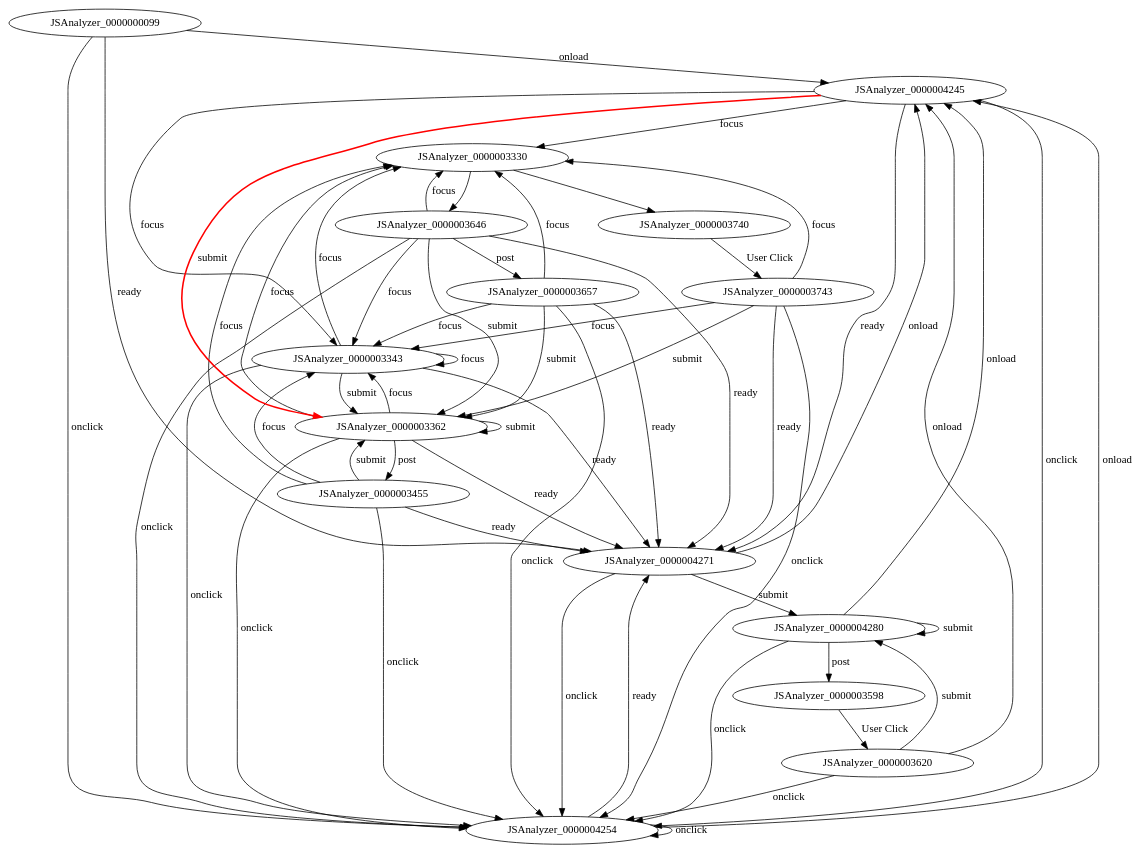
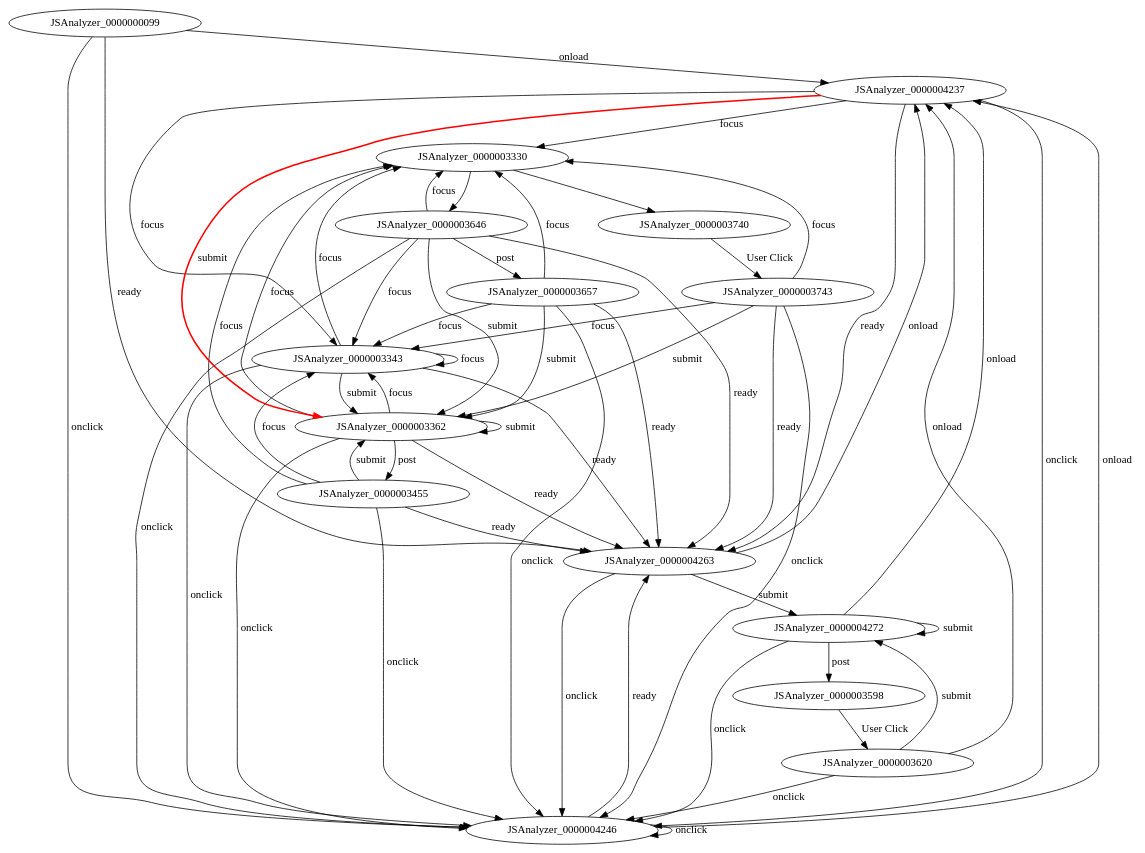
The diagram in projects/project/verify/counterexample/CS2020mError.spec.3.step.3.dot (mzw/JSAnalyzer), drawn with Graphviz before and after one commit. The commit also changed 154 other files, not shown here.

```diff
--- a/projects/project/verify/counterexample/CS2020mError.spec.3.step.3.dot
+++ b/projects/project/verify/counterexample/CS2020mError.spec.3.step.3.dot
@@ -1,74 +1,74 @@
 digraph FSM {
 JSAnalyzer_0000000099;
 JSAnalyzer_0000003330;
 JSAnalyzer_0000003343;
 JSAnalyzer_0000003362;
 JSAnalyzer_0000003455;
 JSAnalyzer_0000003598;
 JSAnalyzer_0000003646;
 JSAnalyzer_0000003657;
 JSAnalyzer_0000003740;
-JSAnalyzer_0000004245;
-JSAnalyzer_0000004254;
-JSAnalyzer_0000004271;
-JSAnalyzer_0000004280;
+JSAnalyzer_0000004237;
+JSAnalyzer_0000004246;
+JSAnalyzer_0000004263;
+JSAnalyzer_0000004272;
 JSAnalyzer_0000003620;
 JSAnalyzer_0000003743;
 JSAnalyzer_0000003330 -> JSAnalyzer_0000003646 []
 JSAnalyzer_0000003330 -> JSAnalyzer_0000003740 []
-JSAnalyzer_0000000099 -> JSAnalyzer_0000004245 [label="onload"]
-JSAnalyzer_0000000099 -> JSAnalyzer_0000004254 [label="onclick"]
-JSAnalyzer_0000000099 -> JSAnalyzer_0000004271 [label="ready"]
+JSAnalyzer_0000000099 -> JSAnalyzer_0000004237 [label="onload"]
+JSAnalyzer_0000000099 -> JSAnalyzer_0000004246 [label="onclick"]
+JSAnalyzer_0000000099 -> JSAnalyzer_0000004263 [label="ready"]
 JSAnalyzer_0000003343 -> JSAnalyzer_0000003330 [label="focus"]
 JSAnalyzer_0000003343 -> JSAnalyzer_0000003343 [label="focus"]
 JSAnalyzer_0000003343 -> JSAnalyzer_0000003362 [label="submit"]
-JSAnalyzer_0000003343 -> JSAnalyzer_0000004254 [label="onclick"]
-JSAnalyzer_0000003343 -> JSAnalyzer_0000004271 [label="ready"]
+JSAnalyzer_0000003343 -> JSAnalyzer_0000004246 [label="onclick"]
+JSAnalyzer_0000003343 -> JSAnalyzer_0000004263 [label="ready"]
 JSAnalyzer_0000003362 -> JSAnalyzer_0000003455 [label="post"]
 JSAnalyzer_0000003362 -> JSAnalyzer_0000003330 [label="focus"]
 JSAnalyzer_0000003362 -> JSAnalyzer_0000003343 [label="focus"]
 JSAnalyzer_0000003362 -> JSAnalyzer_0000003362 [label="submit"]
-JSAnalyzer_0000003362 -> JSAnalyzer_0000004254 [label="onclick"]
-JSAnalyzer_0000003362 -> JSAnalyzer_0000004271 [label="ready"]
+JSAnalyzer_0000003362 -> JSAnalyzer_0000004246 [label="onclick"]
+JSAnalyzer_0000003362 -> JSAnalyzer_0000004263 [label="ready"]
 JSAnalyzer_0000003455 -> JSAnalyzer_0000003330 [label="focus"]
 JSAnalyzer_0000003455 -> JSAnalyzer_0000003343 [label="focus"]
 JSAnalyzer_0000003455 -> JSAnalyzer_0000003362 [label="submit"]
-JSAnalyzer_0000003455 -> JSAnalyzer_0000004254 [label="onclick"]
-JSAnalyzer_0000003455 -> JSAnalyzer_0000004271 [label="ready"]
+JSAnalyzer_0000003455 -> JSAnalyzer_0000004246 [label="onclick"]
+JSAnalyzer_0000003455 -> JSAnalyzer_0000004263 [label="ready"]
 JSAnalyzer_0000003598 -> JSAnalyzer_0000003620 [label="User Click"]
 JSAnalyzer_0000003646 -> JSAnalyzer_0000003657 [label="post"]
 JSAnalyzer_0000003646 -> JSAnalyzer_0000003330 [label="focus"]
 JSAnalyzer_0000003646 -> JSAnalyzer_0000003343 [label="focus"]
 JSAnalyzer_0000003646 -> JSAnalyzer_0000003362 [label="submit"]
-JSAnalyzer_0000003646 -> JSAnalyzer_0000004254 [label="onclick"]
-JSAnalyzer_0000003646 -> JSAnalyzer_0000004271 [label="ready"]
+JSAnalyzer_0000003646 -> JSAnalyzer_0000004246 [label="onclick"]
+JSAnalyzer_0000003646 -> JSAnalyzer_0000004263 [label="ready"]
 JSAnalyzer_0000003657 -> JSAnalyzer_0000003330 [label="focus"]
 JSAnalyzer_0000003657 -> JSAnalyzer_0000003343 [label="focus"]
 JSAnalyzer_0000003657 -> JSAnalyzer_0000003362 [label="submit"]
-JSAnalyzer_0000003657 -> JSAnalyzer_0000004254 [label="onclick"]
-JSAnalyzer_0000003657 -> JSAnalyzer_0000004271 [label="ready"]
+JSAnalyzer_0000003657 -> JSAnalyzer_0000004246 [label="onclick"]
+JSAnalyzer_0000003657 -> JSAnalyzer_0000004263 [label="ready"]
 JSAnalyzer_0000003740 -> JSAnalyzer_0000003743 [label="User Click"]
-JSAnalyzer_0000004245 -> JSAnalyzer_0000003330 [label="focus"]
-JSAnalyzer_0000004245 -> JSAnalyzer_0000003343 [label="focus"]
-JSAnalyzer_0000004245 -> JSAnalyzer_0000003362 [label="submit",style=bold,color=red]
-JSAnalyzer_0000004245 -> JSAnalyzer_0000004254 [label="onclick"]
-JSAnalyzer_0000004245 -> JSAnalyzer_0000004271 [label="ready"]
-JSAnalyzer_0000004254 -> JSAnalyzer_0000004245 [label="onload"]
-JSAnalyzer_0000004254 -> JSAnalyzer_0000004254 [label="onclick"]
-JSAnalyzer_0000004254 -> JSAnalyzer_0000004271 [label="ready"]
-JSAnalyzer_0000004271 -> JSAnalyzer_0000004280 [label="submit"]
-JSAnalyzer_0000004271 -> JSAnalyzer_0000004245 [label="onload"]
-JSAnalyzer_0000004271 -> JSAnalyzer_0000004254 [label="onclick"]
-JSAnalyzer_0000004280 -> JSAnalyzer_0000003598 [label="post"]
-JSAnalyzer_0000004280 -> JSAnalyzer_0000004280 [label="submit"]
-JSAnalyzer_0000004280 -> JSAnalyzer_0000004245 [label="onload"]
-JSAnalyzer_0000004280 -> JSAnalyzer_0000004254 [label="onclick"]
-JSAnalyzer_0000003620 -> JSAnalyzer_0000004280 [label="submit"]
-JSAnalyzer_0000003620 -> JSAnalyzer_0000004245 [label="onload"]
-JSAnalyzer_0000003620 -> JSAnalyzer_0000004254 [label="onclick"]
+JSAnalyzer_0000004237 -> JSAnalyzer_0000003330 [label="focus"]
+JSAnalyzer_0000004237 -> JSAnalyzer_0000003343 [label="focus"]
+JSAnalyzer_0000004237 -> JSAnalyzer_0000003362 [label="submit",style=bold,color=red]
+JSAnalyzer_0000004237 -> JSAnalyzer_0000004246 [label="onclick"]
+JSAnalyzer_0000004237 -> JSAnalyzer_0000004263 [label="ready"]
+JSAnalyzer_0000004246 -> JSAnalyzer_0000004237 [label="onload"]
+JSAnalyzer_0000004246 -> JSAnalyzer_0000004246 [label="onclick"]
+JSAnalyzer_0000004246 -> JSAnalyzer_0000004263 [label="ready"]
+JSAnalyzer_0000004263 -> JSAnalyzer_0000004272 [label="submit"]
+JSAnalyzer_0000004263 -> JSAnalyzer_0000004237 [label="onload"]
+JSAnalyzer_0000004263 -> JSAnalyzer_0000004246 [label="onclick"]
+JSAnalyzer_0000004272 -> JSAnalyzer_0000003598 [label="post"]
+JSAnalyzer_0000004272 -> JSAnalyzer_0000004272 [label="submit"]
+JSAnalyzer_0000004272 -> JSAnalyzer_0000004237 [label="onload"]
+JSAnalyzer_0000004272 -> JSAnalyzer_0000004246 [label="onclick"]
+JSAnalyzer_0000003620 -> JSAnalyzer_0000004272 [label="submit"]
+JSAnalyzer_0000003620 -> JSAnalyzer_0000004237 [label="onload"]
+JSAnalyzer_0000003620 -> JSAnalyzer_0000004246 [label="onclick"]
 JSAnalyzer_0000003743 -> JSAnalyzer_0000003330 [label="focus"]
 JSAnalyzer_0000003743 -> JSAnalyzer_0000003343 [label="focus"]
 JSAnalyzer_0000003743 -> JSAnalyzer_0000003362 [label="submit"]
-JSAnalyzer_0000003743 -> JSAnalyzer_0000004254 [label="onclick"]
-JSAnalyzer_0000003743 -> JSAnalyzer_0000004271 [label="ready"]
+JSAnalyzer_0000003743 -> JSAnalyzer_0000004246 [label="onclick"]
+JSAnalyzer_0000003743 -> JSAnalyzer_0000004263 [label="ready"]
 }
```
